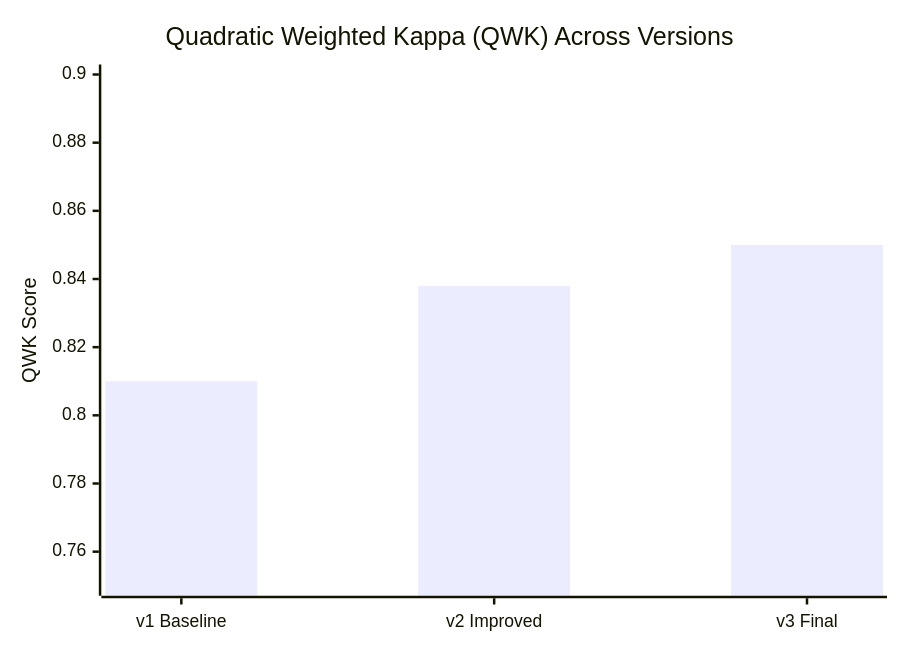
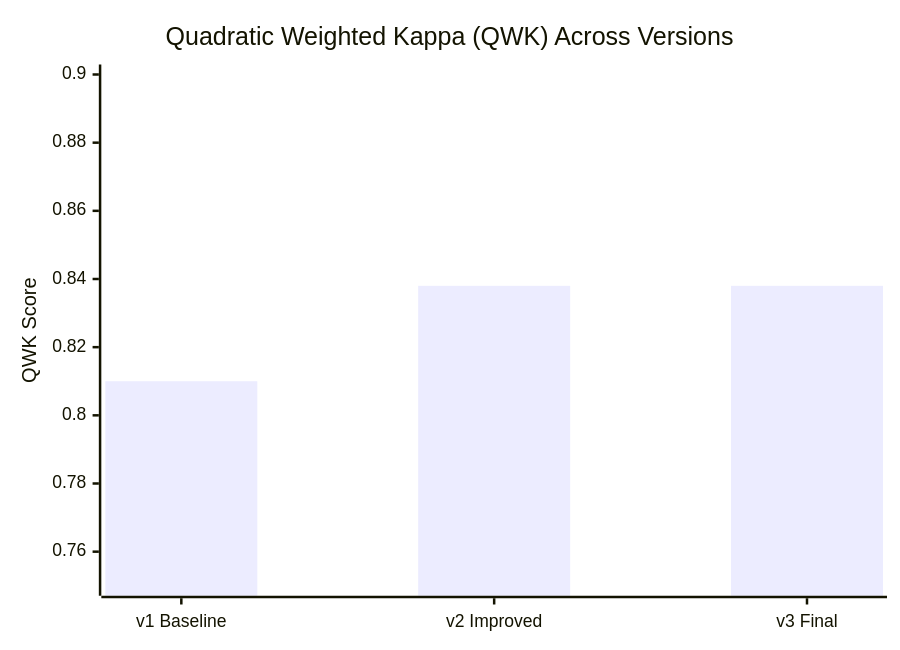
Before and after one commit to LALITAMITTAL18/EAISI-NHS: the fifth of 7 diagrams in deliverables/WorkInProgress/Business-Report-DeepLearning.md, drawn with Mermaid. The commit also changed other lines of this file and 19 other files, not shown here.

````diff
--- a/deliverables/WorkInProgress/Business-Report-DeepLearning.md
+++ b/deliverables/WorkInProgress/Business-Report-DeepLearning.md
@@ -201,7 +203,7 @@
 ```mermaid
 xychart-beta
     title "Quadratic Weighted Kappa (QWK) Across Versions"
     x-axis ["v1 Baseline", "v2 Improved", "v3 Final"]
     y-axis "QWK Score" 0.75 --> 0.90
-    bar [0.810, 0.838, 0.850]
+    bar [0.810, 0.838, 0.838]
 ```
````
